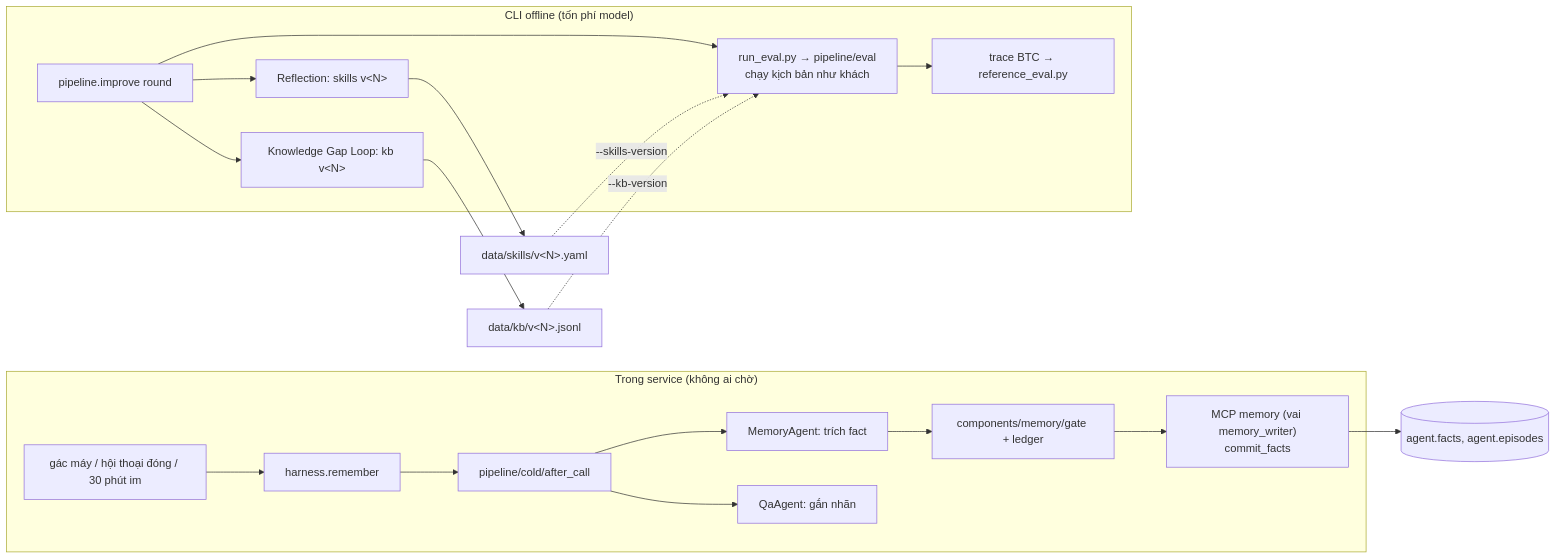
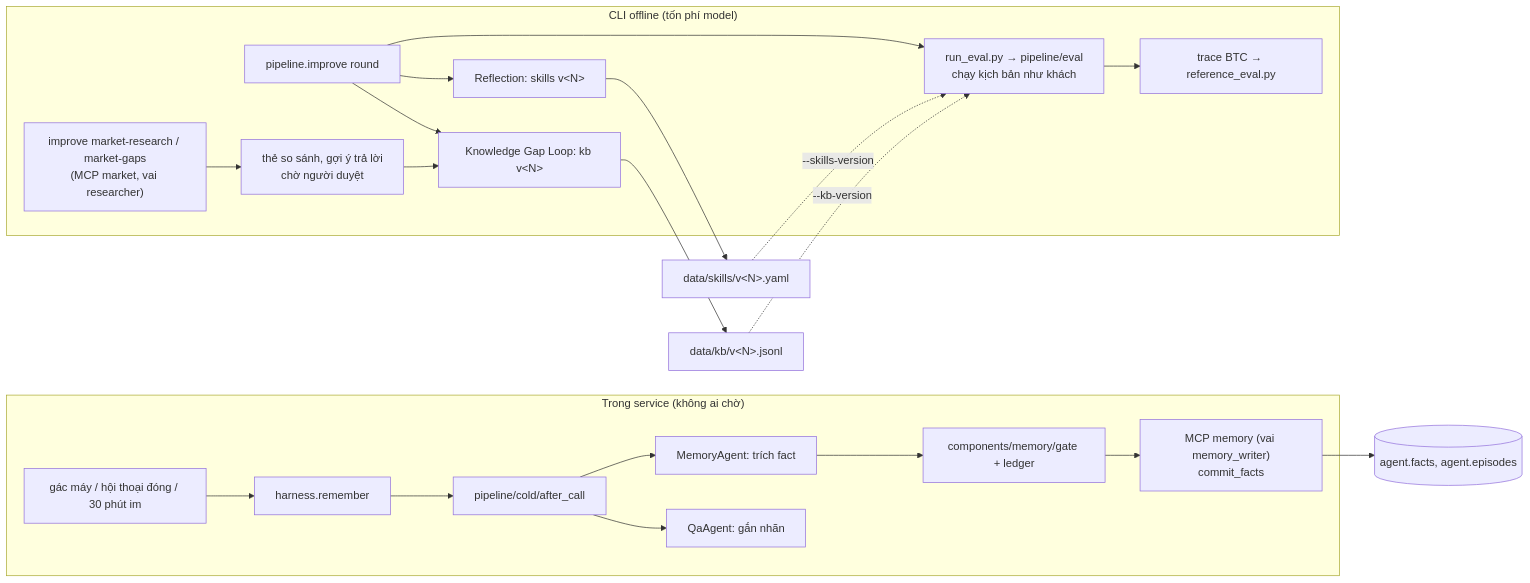
One commit to queenley/capstone_sudocode2026 changed the fourth of 4 diagrams in docs/ai/00-kien-truc.md. Above: the diagram before and after it, drawn with Mermaid. The commit also changed other lines of this file and 41 other files, not shown here.

````diff
--- a/docs/ai/00-kien-truc.md
+++ b/docs/ai/00-kien-truc.md
@@ -376,24 +379,26 @@
 ```mermaid
 flowchart LR
     subgraph ONLINE["Trong service (không ai chờ)"]
         HU["gác máy / hội thoại đóng / 30 phút im"] --> REM["harness.remember"]
         REM --> AC["pipeline/cold/after_call"]
         AC --> MA["MemoryAgent: trích fact"]
         MA --> GATE["components/memory/gate + ledger"]
         GATE --> MW["MCP memory (vai memory_writer)<br/>commit_facts"]
         AC --> QA["QaAgent: gắn nhãn"]
     end
 
     subgraph OFFLINE["CLI offline (tốn phí model)"]
         EV["run_eval.py → pipeline/eval<br/>chạy kịch bản như khách"] --> TR["trace BTC → reference_eval.py"]
         IM["pipeline.improve round"] --> EV
         IM --> RF["Reflection: skills v&lt;N&gt;"]
         IM --> GL["Knowledge Gap Loop: kb v&lt;N&gt;"]
+        MR["improve market-research / market-gaps<br/>(MCP market, vai researcher)"] --> MC["thẻ so sánh, gợi ý trả lời<br/>chờ người duyệt"]
+        MC --> GL
     end
 
     MW --> DB[("agent.facts, agent.episodes")]
     RF --> SK["data/skills/v&lt;N&gt;.yaml"]
     GL --> KB["data/kb/v&lt;N&gt;.jsonl"]
     SK -. "--skills-version" .-> EV
     KB -. "--kb-version" .-> EV
 ```
````
